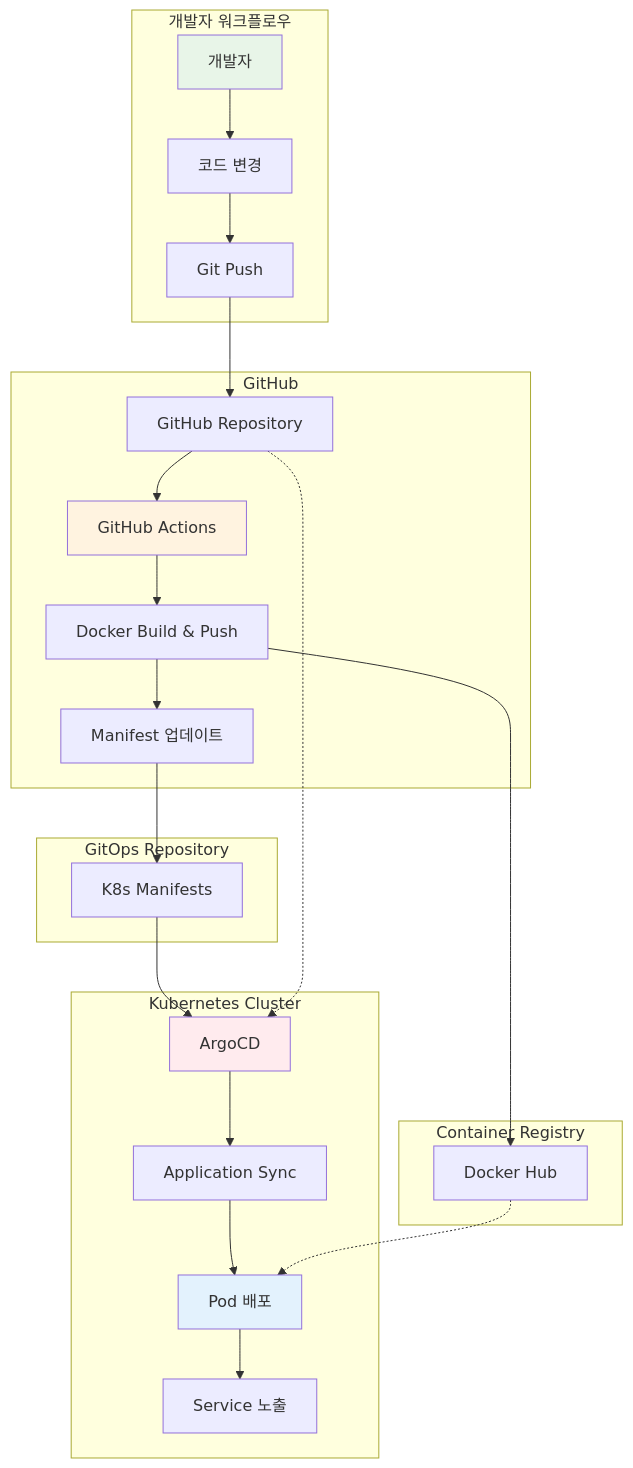
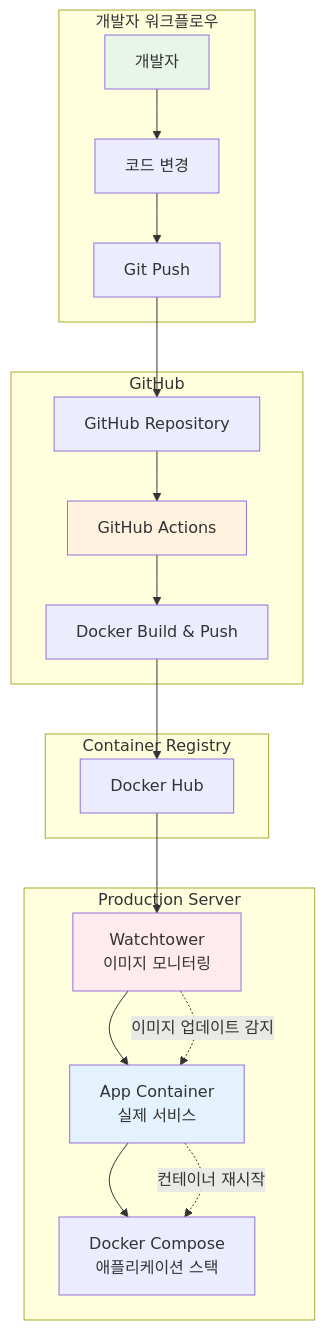
Before and after one commit to niceguy61/kdt_devops_lecture_2025: the first of 3 diagrams in theory/week_04/day4/lab_1.md, drawn with Mermaid. The commit also changed other lines of this file, not shown here.

````diff
--- a/theory/week_04/day4/lab_1.md
+++ b/theory/week_04/day4/lab_1.md
@@ -33,37 +33,34 @@
 ```mermaid
 graph TB
     subgraph "개발자 워크플로우"
         A[개발자] --> B[코드 변경]
         B --> C[Git Push]
     end
     
     subgraph "GitHub"
         C --> D[GitHub Repository]
         D --> E[GitHub Actions]
         E --> F[Docker Build & Push]
-        F --> G[Manifest 업데이트]
     end
     
     subgraph "Container Registry"
-        F --> H[Docker Hub]
+        F --> G[Docker Hub]
     end
     
-    subgraph "Kubernetes Cluster"
-        I[ArgoCD] --> J[Application Sync]
-        J --> K[Pod 배포]
-        K --> L[Service 노출]
+    subgraph "Production Server"
+        H[Docker Compose<br/>애플리케이션 스택]
+        I[Watchtower<br/>이미지 모니터링]
+        J[App Container<br/>실제 서비스]
     end
     
-    subgraph "GitOps Repository"
-        G --> M[K8s Manifests]
-        M --> I
-    end
-    
-    D -.-> I
-    H -.-> K
+    G --> I
+    I --> J
+    J --> H
+    I -.-> |이미지 업데이트 감지| J
+    J -.-> |컨테이너 재시작| H
     
     style A fill:#e8f5e8
     style E fill:#fff3e0
     style I fill:#ffebee
-    style K fill:#e3f2fd
+    style J fill:#e3f2fd
 ```
````
